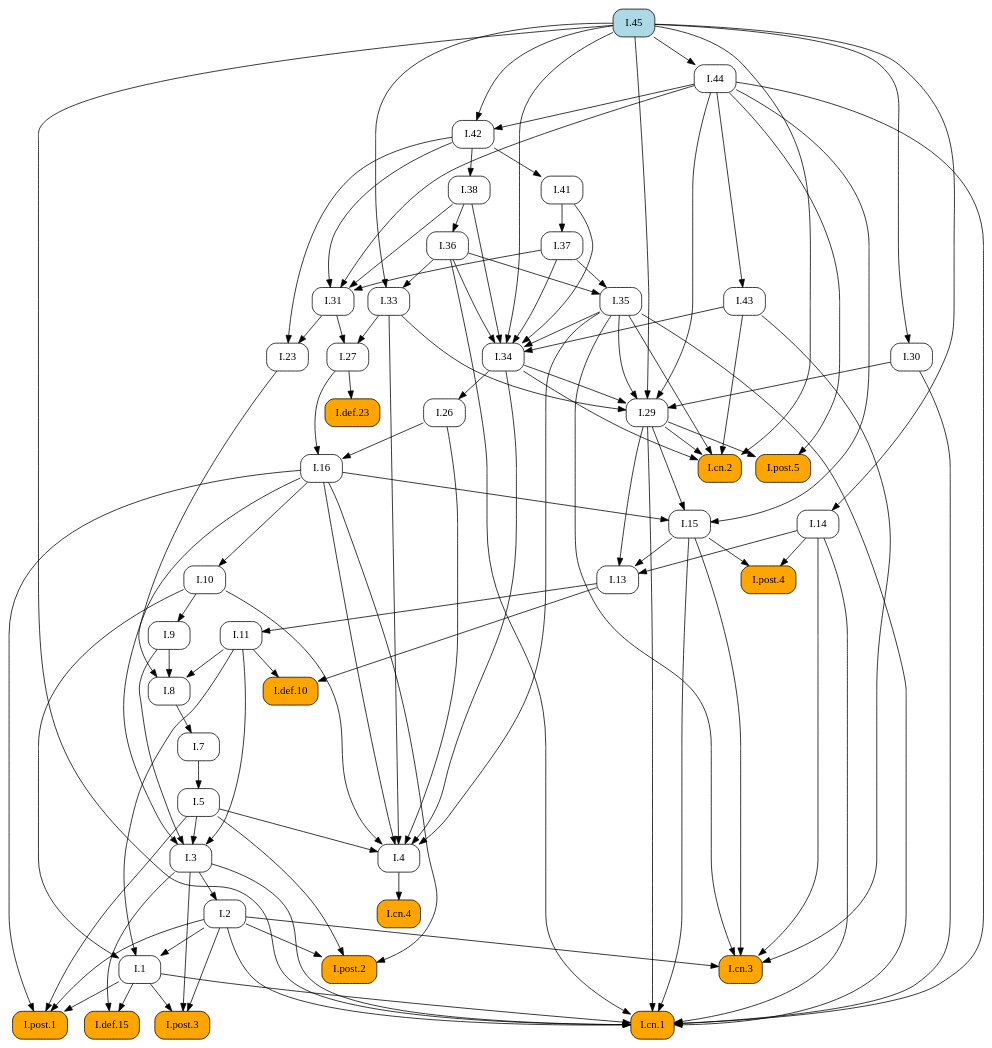
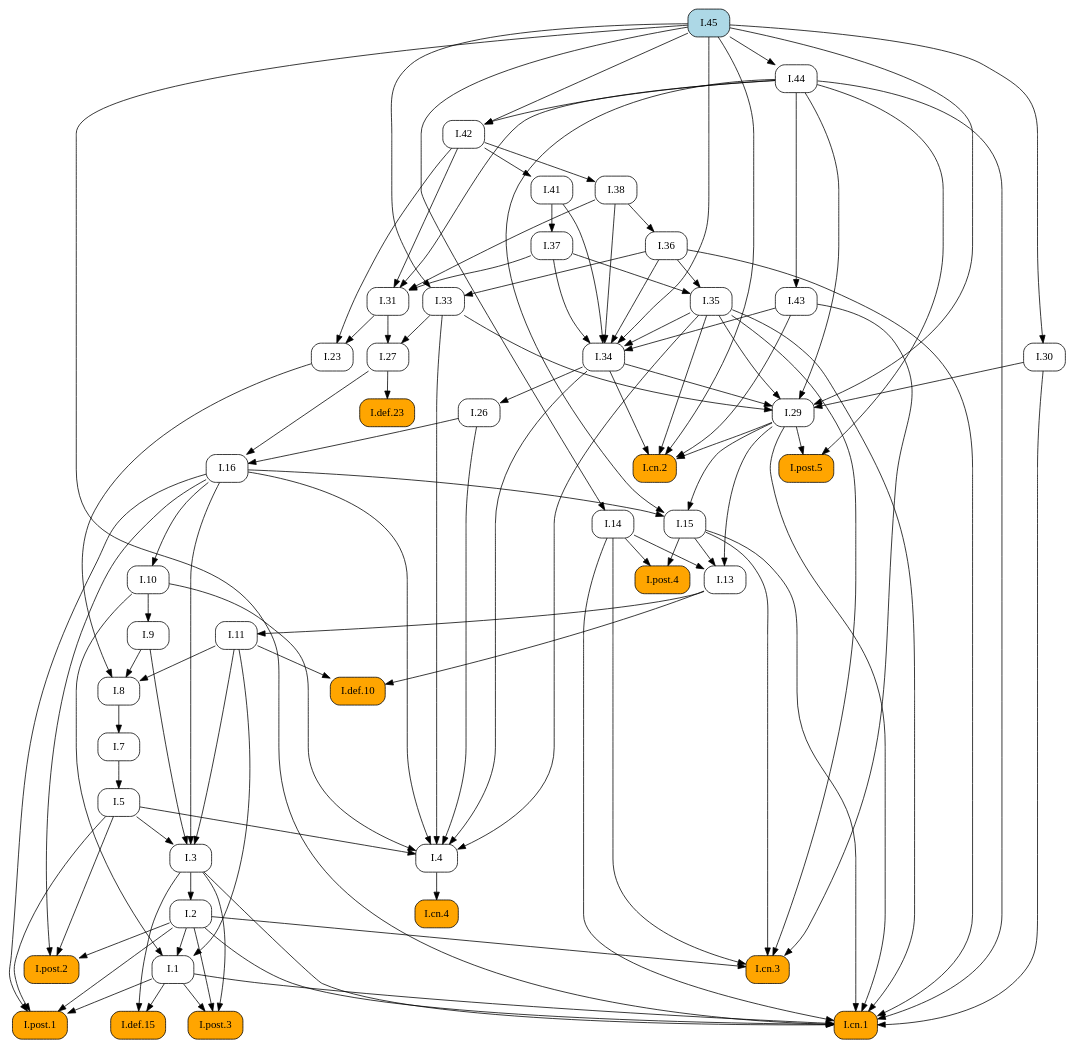
One commit to geometor/elements changed the diagram in docsrc/heath/I/45/index.rst. Above: the diagram before and after it, drawn with Graphviz. The commit also changed other lines of this file and 484 other files, not shown here.

```diff
--- a/docsrc/heath/I/45/index.rst
+++ b/docsrc/heath/I/45/index.rst
@@ -73,74 +73,89 @@
    digraph {
      rankdir="TB";
      node [shape=box, style=rounded];
-     "I.def.10" [style="rounded,filled", fillcolor=orange, URL="/heath/I/def.10/", target="_top"];
-     "I.11" [URL="/heath/I/11/", target="_top"];
-     "I.post.4" [style="rounded,filled", fillcolor=orange, URL="/heath/I/post.4/", target="_top"];
-     "I.1" [URL="/heath/I/1/", target="_top"];
-     "I.26" [URL="/heath/I/26/", target="_top"];
-     "I.29" [URL="/heath/I/29/", target="_top"];
-     "I.cn.2" [style="rounded,filled", fillcolor=orange, URL="/heath/I/cn.2/", target="_top"];
+     "I.23" [URL="/heath/I/23/", target="_top"];
+     "I.9" [URL="/heath/I/9/", target="_top"];
+     "I.33" [URL="/heath/I/33/", target="_top"];
      "I.def.15" [style="rounded,filled", fillcolor=orange, URL="/heath/I/def.15/", target="_top"];
      "I.post.3" [style="rounded,filled", fillcolor=orange, URL="/heath/I/post.3/", target="_top"];
-     "I.cn.1" [style="rounded,filled", fillcolor=orange, URL="/heath/I/cn.1/", target="_top"];
+     "I.post.1" [style="rounded,filled", fillcolor=orange, URL="/heath/I/post.1/", target="_top"];
+     "I.43" [URL="/heath/I/43/", target="_top"];
      "I.30" [URL="/heath/I/30/", target="_top"];
-     "I.cn.3" [style="rounded,filled", fillcolor=orange, URL="/heath/I/cn.3/", target="_top"];
+     "I.42" [URL="/heath/I/42/", target="_top"];
+     "I.31" [URL="/heath/I/31/", target="_top"];
+     "I.def.10" [style="rounded,filled", fillcolor=orange, URL="/heath/I/def.10/", target="_top"];
+     "I.27" [URL="/heath/I/27/", target="_top"];
      "I.14" [URL="/heath/I/14/", target="_top"];
-     "I.23" [URL="/heath/I/23/", target="_top"];
-     "I.43" [URL="/heath/I/43/", target="_top"];
-     "I.post.1" [style="rounded,filled", fillcolor=orange, URL="/heath/I/post.1/", target="_top"];
-     "I.35" [URL="/heath/I/35/", target="_top"];
-     "I.41" [URL="/heath/I/41/", target="_top"];
-     "I.27" [URL="/heath/I/27/", target="_top"];
-     "I.36" [URL="/heath/I/36/", target="_top"];
-     "I.37" [URL="/heath/I/37/", target="_top"];
      "I.34" [URL="/heath/I/34/", target="_top"];
      "I.3" [URL="/heath/I/3/", target="_top"];
+     "I.35" [URL="/heath/I/35/", target="_top"];
+     "I.cn.1" [style="rounded,filled", fillcolor=orange, URL="/heath/I/cn.1/", target="_top"];
      "I.7" [URL="/heath/I/7/", target="_top"];
      "I.2" [URL="/heath/I/2/", target="_top"];
+     "I.36" [URL="/heath/I/36/", target="_top"];
+     "I.13" [URL="/heath/I/13/", target="_top"];
+     "I.post.4" [style="rounded,filled", fillcolor=orange, URL="/heath/I/post.4/", target="_top"];
      "I.4" [URL="/heath/I/4/", target="_top"];
+     "I.1" [URL="/heath/I/1/", target="_top"];
+     "I.5" [URL="/heath/I/5/", target="_top"];
+     "I.8" [URL="/heath/I/8/", target="_top"];
+     "I.37" [URL="/heath/I/37/", target="_top"];
+     "I.45" [style="rounded,filled", fillcolor=lightblue, URL="/heath/I/45/", target="_top"];
+     "I.cn.3" [style="rounded,filled", fillcolor=orange, URL="/heath/I/cn.3/", target="_top"];
+     "I.29" [URL="/heath/I/29/", target="_top"];
+     "I.16" [URL="/heath/I/16/", target="_top"];
+     "I.38" [URL="/heath/I/38/", target="_top"];
+     "I.15" [URL="/heath/I/15/", target="_top"];
+     "I.10" [URL="/heath/I/10/", target="_top"];
+     "I.11" [URL="/heath/I/11/", target="_top"];
      "I.def.23" [style="rounded,filled", fillcolor=orange, URL="/heath/I/def.23/", target="_top"];
-     "I.13" [URL="/heath/I/13/", target="_top"];
-     "I.33" [URL="/heath/I/33/", target="_top"];
-     "I.31" [URL="/heath/I/31/", target="_top"];
-     "I.post.2" [style="rounded,filled", fillcolor=orange, URL="/heath/I/post.2/", target="_top"];
-     "I.45" [style="rounded,filled", fillcolor=lightblue, URL="/heath/I/45/", target="_top"];
-     "I.16" [URL="/heath/I/16/", target="_top"];
-     "I.42" [URL="/heath/I/42/", target="_top"];
-     "I.9" [URL="/heath/I/9/", target="_top"];
-     "I.8" [URL="/heath/I/8/", target="_top"];
-     "I.cn.4" [style="rounded,filled", fillcolor=orange, URL="/heath/I/cn.4/", target="_top"];
-     "I.15" [URL="/heath/I/15/", target="_top"];
+     "I.cn.2" [style="rounded,filled", fillcolor=orange, URL="/heath/I/cn.2/", target="_top"];
      "I.post.5" [style="rounded,filled", fillcolor=orange, URL="/heath/I/post.5/", target="_top"];
      "I.44" [URL="/heath/I/44/", target="_top"];
-     "I.38" [URL="/heath/I/38/", target="_top"];
-     "I.10" [URL="/heath/I/10/", target="_top"];
-     "I.5" [URL="/heath/I/5/", target="_top"];
-     "I.11" -> "I.def.10";
-     "I.13" -> "I.def.10";
-     "I.13" -> "I.11";
-     "I.14" -> "I.post.4";
-     "I.15" -> "I.post.4";
-     "I.2" -> "I.1";
-     "I.10" -> "I.1";
-     "I.11" -> "I.1";
-     "I.34" -> "I.26";
-     "I.30" -> "I.29";
-     "I.33" -> "I.29";
-     "I.34" -> "I.29";
-     "I.35" -> "I.29";
-     "I.44" -> "I.29";
-     "I.45" -> "I.29";
-     "I.29" -> "I.cn.2";
-     "I.34" -> "I.cn.2";
-     "I.35" -> "I.cn.2";
-     "I.43" -> "I.cn.2";
-     "I.45" -> "I.cn.2";
+     "I.cn.4" [style="rounded,filled", fillcolor=orange, URL="/heath/I/cn.4/", target="_top"];
+     "I.41" [URL="/heath/I/41/", target="_top"];
+     "I.post.2" [style="rounded,filled", fillcolor=orange, URL="/heath/I/post.2/", target="_top"];
+     "I.26" [URL="/heath/I/26/", target="_top"];
+     "I.31" -> "I.23";
+     "I.42" -> "I.23";
+     "I.10" -> "I.9";
+     "I.36" -> "I.33";
+     "I.45" -> "I.33";
      "I.1" -> "I.def.15";
      "I.3" -> "I.def.15";
      "I.1" -> "I.post.3";
      "I.2" -> "I.post.3";
      "I.3" -> "I.post.3";
+     "I.1" -> "I.post.1";
+     "I.2" -> "I.post.1";
+     "I.5" -> "I.post.1";
+     "I.16" -> "I.post.1";
+     "I.44" -> "I.43";
+     "I.45" -> "I.30";
+     "I.44" -> "I.42";
+     "I.45" -> "I.42";
+     "I.37" -> "I.31";
+     "I.38" -> "I.31";
+     "I.42" -> "I.31";
+     "I.44" -> "I.31";
+     "I.11" -> "I.def.10";
+     "I.13" -> "I.def.10";
+     "I.31" -> "I.27";
+     "I.33" -> "I.27";
+     "I.45" -> "I.14";
+     "I.35" -> "I.34";
+     "I.36" -> "I.34";
+     "I.37" -> "I.34";
+     "I.38" -> "I.34";
+     "I.41" -> "I.34";
+     "I.43" -> "I.34";
+     "I.45" -> "I.34";
+     "I.5" -> "I.3";
+     "I.9" -> "I.3";
+     "I.11" -> "I.3";
+     "I.16" -> "I.3";
+     "I.36" -> "I.35";
+     "I.37" -> "I.35";
      "I.1" -> "I.cn.1";
      "I.2" -> "I.cn.1";
      "I.3" -> "I.cn.1";
@@ -152,40 +167,14 @@
      "I.36" -> "I.cn.1";
      "I.44" -> "I.cn.1";
      "I.45" -> "I.cn.1";
-     "I.45" -> "I.30";
-     "I.2" -> "I.cn.3";
-     "I.14" -> "I.cn.3";
-     "I.15" -> "I.cn.3";
-     "I.35" -> "I.cn.3";
-     "I.43" -> "I.cn.3";
-     "I.45" -> "I.14";
-     "I.31" -> "I.23";
-     "I.42" -> "I.23";
-     "I.44" -> "I.43";
-     "I.1" -> "I.post.1";
-     "I.2" -> "I.post.1";
-     "I.5" -> "I.post.1";
-     "I.16" -> "I.post.1";
-     "I.36" -> "I.35";
-     "I.37" -> "I.35";
-     "I.42" -> "I.41";
-     "I.31" -> "I.27";
-     "I.33" -> "I.27";
-     "I.38" -> "I.36";
-     "I.41" -> "I.37";
-     "I.35" -> "I.34";
-     "I.36" -> "I.34";
-     "I.37" -> "I.34";
-     "I.38" -> "I.34";
-     "I.41" -> "I.34";
-     "I.43" -> "I.34";
-     "I.45" -> "I.34";
-     "I.5" -> "I.3";
-     "I.9" -> "I.3";
-     "I.11" -> "I.3";
-     "I.16" -> "I.3";
      "I.8" -> "I.7";
      "I.3" -> "I.2";
+     "I.38" -> "I.36";
+     "I.14" -> "I.13";
+     "I.15" -> "I.13";
+     "I.29" -> "I.13";
+     "I.14" -> "I.post.4";
+     "I.15" -> "I.post.4";
      "I.5" -> "I.4";
      "I.10" -> "I.4";
      "I.16" -> "I.4";
@@ -193,35 +182,46 @@
      "I.33" -> "I.4";
      "I.34" -> "I.4";
      "I.35" -> "I.4";
+     "I.2" -> "I.1";
+     "I.10" -> "I.1";
+     "I.11" -> "I.1";
+     "I.7" -> "I.5";
+     "I.9" -> "I.8";
+     "I.11" -> "I.8";
+     "I.23" -> "I.8";
+     "I.41" -> "I.37";
+     "I.2" -> "I.cn.3";
+     "I.14" -> "I.cn.3";
+     "I.15" -> "I.cn.3";
+     "I.35" -> "I.cn.3";
+     "I.43" -> "I.cn.3";
+     "I.30" -> "I.29";
+     "I.33" -> "I.29";
+     "I.34" -> "I.29";
+     "I.35" -> "I.29";
+     "I.44" -> "I.29";
+     "I.45" -> "I.29";
+     "I.26" -> "I.16";
+     "I.27" -> "I.16";
+     "I.42" -> "I.38";
+     "I.16" -> "I.15";
+     "I.29" -> "I.15";
+     "I.44" -> "I.15";
+     "I.16" -> "I.10";
+     "I.13" -> "I.11";
      "I.27" -> "I.def.23";
-     "I.14" -> "I.13";
-     "I.15" -> "I.13";
-     "I.29" -> "I.13";
-     "I.36" -> "I.33";
-     "I.45" -> "I.33";
-     "I.37" -> "I.31";
-     "I.38" -> "I.31";
-     "I.42" -> "I.31";
-     "I.44" -> "I.31";
+     "I.29" -> "I.cn.2";
+     "I.34" -> "I.cn.2";
+     "I.35" -> "I.cn.2";
+     "I.43" -> "I.cn.2";
+     "I.45" -> "I.cn.2";
+     "I.29" -> "I.post.5";
+     "I.44" -> "I.post.5";
+     "I.45" -> "I.44";
+     "I.4" -> "I.cn.4";
+     "I.42" -> "I.41";
      "I.2" -> "I.post.2";
      "I.5" -> "I.post.2";
      "I.16" -> "I.post.2";
-     "I.26" -> "I.16";
-     "I.27" -> "I.16";
-     "I.44" -> "I.42";
-     "I.45" -> "I.42";
-     "I.10" -> "I.9";
-     "I.9" -> "I.8";
-     "I.11" -> "I.8";
-     "I.23" -> "I.8";
-     "I.4" -> "I.cn.4";
-     "I.16" -> "I.15";
-     "I.29" -> "I.15";
-     "I.44" -> "I.15";
-     "I.29" -> "I.post.5";
-     "I.44" -> "I.post.5";
-     "I.45" -> "I.44";
-     "I.42" -> "I.38";
-     "I.16" -> "I.10";
-     "I.7" -> "I.5";
+     "I.34" -> "I.26";
    }
```
